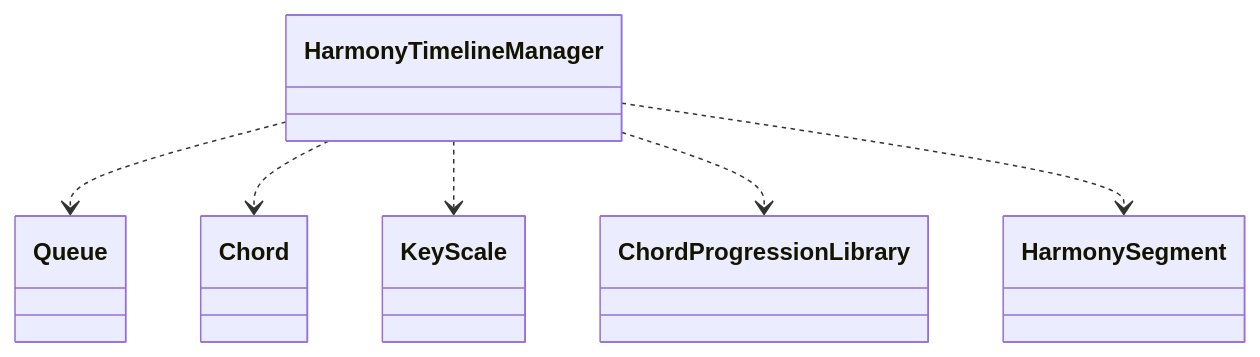
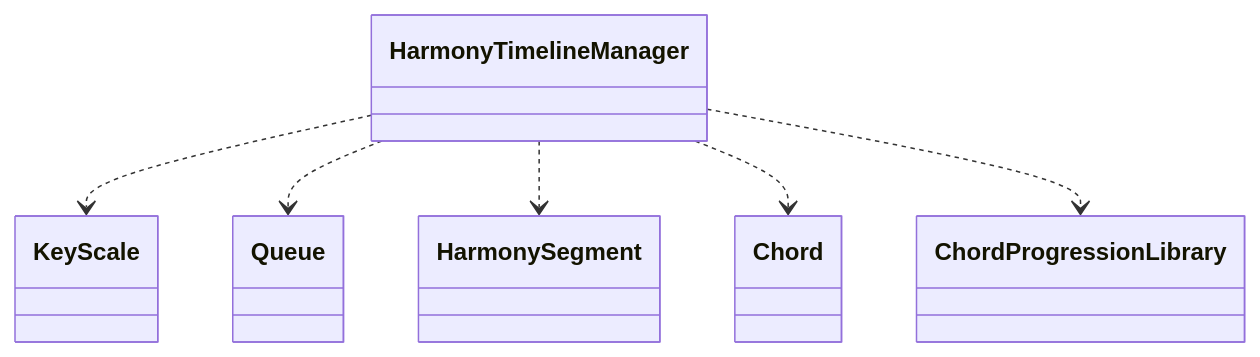
One commit to schnock-art/project_inspector changed the eighth of 39 diagrams in test/test.md. Above: the diagram before and after it, drawn with Mermaid. The commit also changed other lines of this file and 1 other file, not shown here.

Commit message:
Removed empty mermaid

````diff
--- a/test/test.md
+++ b/test/test.md
@@ -252,8 +252,8 @@
 ```mermaid
 classDiagram
+HarmonyTimelineManager ..> KeyScale
 HarmonyTimelineManager ..> Queue
+HarmonyTimelineManager ..> HarmonySegment
 HarmonyTimelineManager ..> Chord
-HarmonyTimelineManager ..> KeyScale
 HarmonyTimelineManager ..> ChordProgressionLibrary
-HarmonyTimelineManager ..> HarmonySegment
 ```
````
